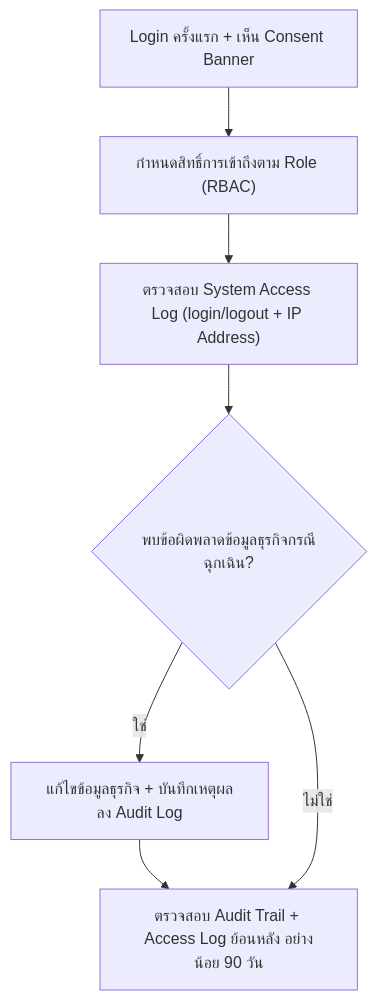
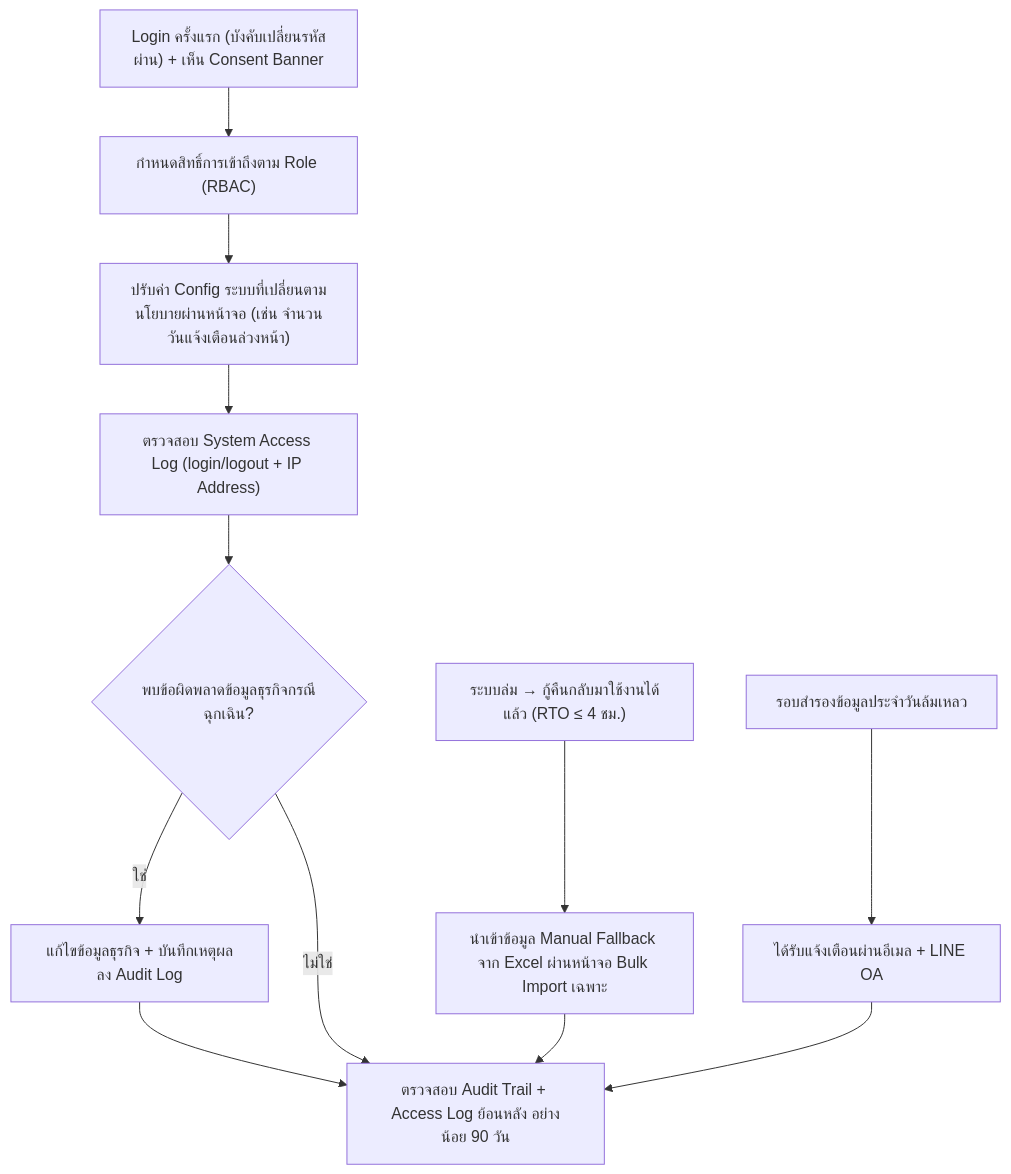
One commit to 6910127-warang/sync_smart changed the diagram in 01-requirements/03-user-journey/admin-journey.md. Above: the diagram before and after it, drawn with Mermaid. The commit also changed other lines of this file and 37 other files, not shown here.

````diff
--- a/01-requirements/03-user-journey/admin-journey.md
+++ b/01-requirements/03-user-journey/admin-journey.md
@@ -7,9 +7,14 @@
 ```mermaid
 flowchart TD
-    A["Login ครั้งแรก + เห็น Consent Banner"] --> B["กำหนดสิทธิ์การเข้าถึงตาม Role (RBAC)"]
-    B --> C["ตรวจสอบ System Access Log (login/logout + IP Address)"]
+    A["Login ครั้งแรก (บังคับเปลี่ยนรหัสผ่าน) + เห็น Consent Banner"] --> B["กำหนดสิทธิ์การเข้าถึงตาม Role (RBAC)"]
+    B --> B2["ปรับค่า Config ระบบที่เปลี่ยนตามนโยบายผ่านหน้าจอ (เช่น จำนวนวันแจ้งเตือนล่วงหน้า)"]
+    B2 --> C["ตรวจสอบ System Access Log (login/logout + IP Address)"]
     C --> D{"พบข้อผิดพลาดข้อมูลธุรกิจกรณีฉุกเฉิน?"}
     D -- "ใช่" --> E["แก้ไขข้อมูลธุรกิจ + บันทึกเหตุผลลง Audit Log"]
     E --> F["ตรวจสอบ Audit Trail + Access Log ย้อนหลัง อย่างน้อย 90 วัน"]
     D -- "ไม่ใช่" --> F
+    G["ระบบล่ม → กู้คืนกลับมาใช้งานได้แล้ว (RTO ≤ 4 ชม.)"] --> H["นำเข้าข้อมูล Manual Fallback จาก Excel ผ่านหน้าจอ Bulk Import เฉพาะ"]
+    H --> F
+    I["รอบสำรองข้อมูลประจำวันล้มเหลว"] --> J["ได้รับแจ้งเตือนผ่านอีเมล + LINE OA"]
+    J --> F
 ```
````
